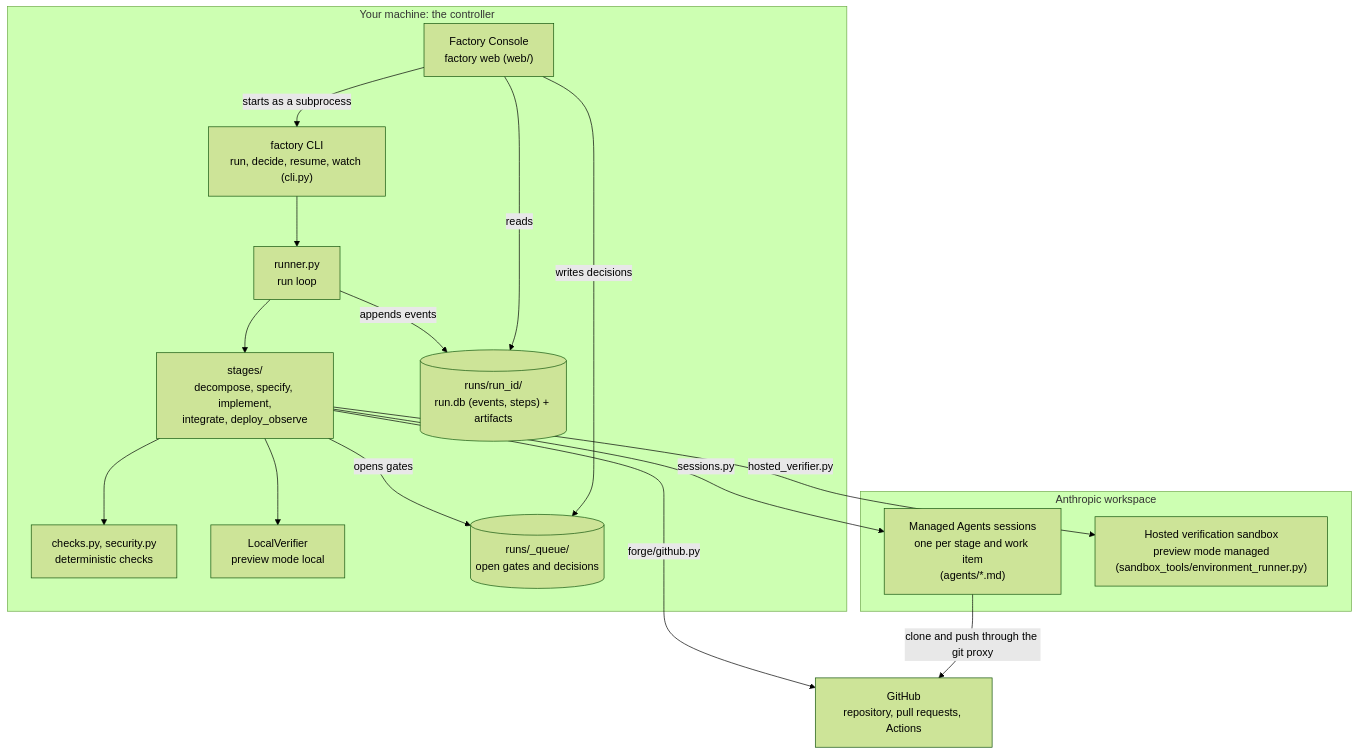
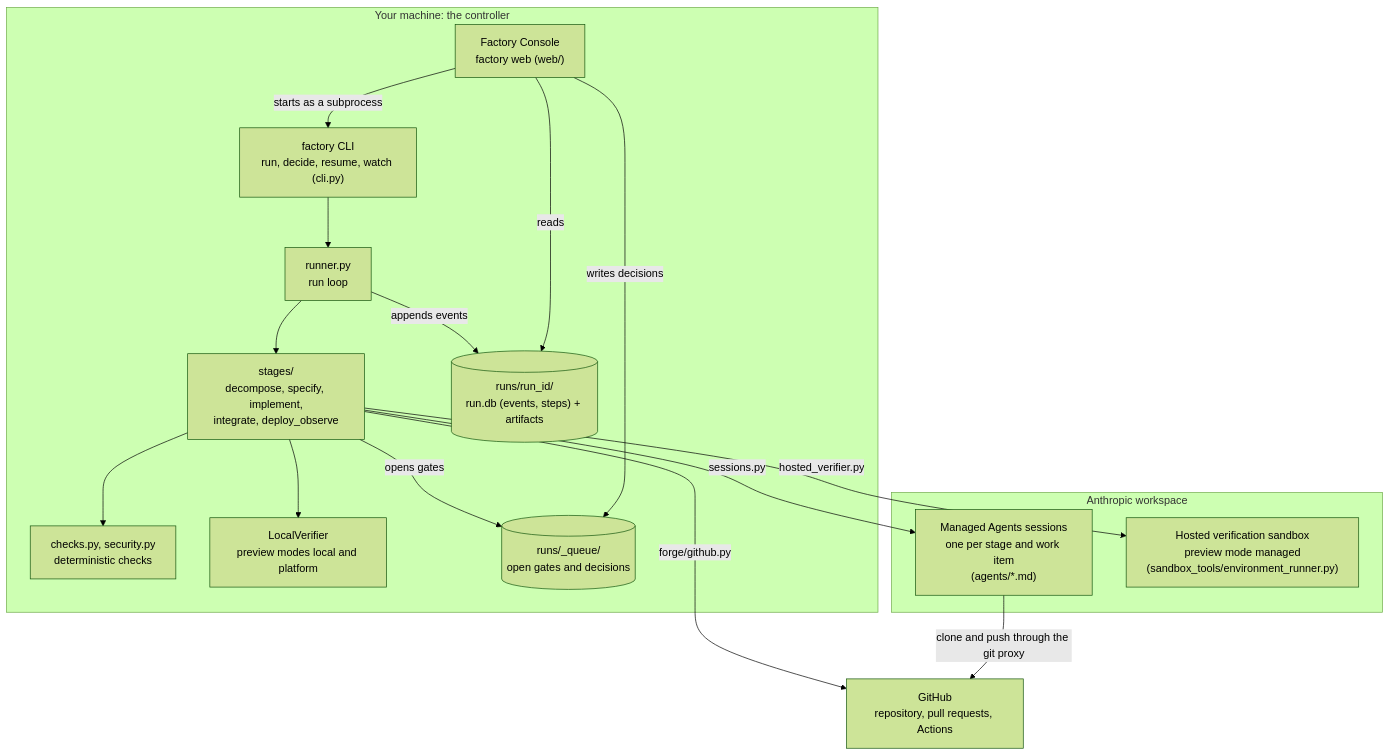
Before and after one commit to willtech3/factory_agents: the diagram in docs/repo-map.md, drawn with Mermaid (forest theme). The commit also changed other lines of this file and 45 other files, not shown here.

````diff
--- a/docs/repo-map.md
+++ b/docs/repo-map.md
@@ -27,31 +28,31 @@
 ```mermaid
 flowchart TB
   subgraph host["Your machine: the controller"]
     console["Factory Console<br/>factory web (web/)"]
     cli["factory CLI<br/>run, decide, resume, watch (cli.py)"]
     runner["runner.py<br/>run loop"]
     stages["stages/<br/>decompose, specify, implement,<br/>integrate, deploy_observe"]
     checks["checks.py, security.py<br/>deterministic checks"]
-    localv["LocalVerifier<br/>preview mode local"]
+    localv["LocalVerifier<br/>preview modes local and platform"]
     store[("runs/run_id/<br/>run.db (events, steps) + artifacts")]
     queue[("runs/_queue/<br/>open gates and decisions")]
   end
   subgraph ws["Anthropic workspace"]
     sessions["Managed Agents sessions<br/>one per stage and work item<br/>(agents/*.md)"]
     hosted["Hosted verification sandbox<br/>preview mode managed<br/>(sandbox_tools/environment_runner.py)"]
   end
   github["GitHub<br/>repository, pull requests, Actions"]
 
   console -- "starts as a subprocess" --> cli
   cli --> runner --> stages
   stages -- "sessions.py" --> sessions
   stages --> checks
   stages --> localv
   stages -- "hosted_verifier.py" --> hosted
   stages -- "forge/github.py" --> github
   sessions -- "clone and push through the git proxy" --> github
   runner -- "appends events" --> store
   stages -- "opens gates" --> queue
   console -- "writes decisions" --> queue
   console -- "reads" --> store
 ```
````
